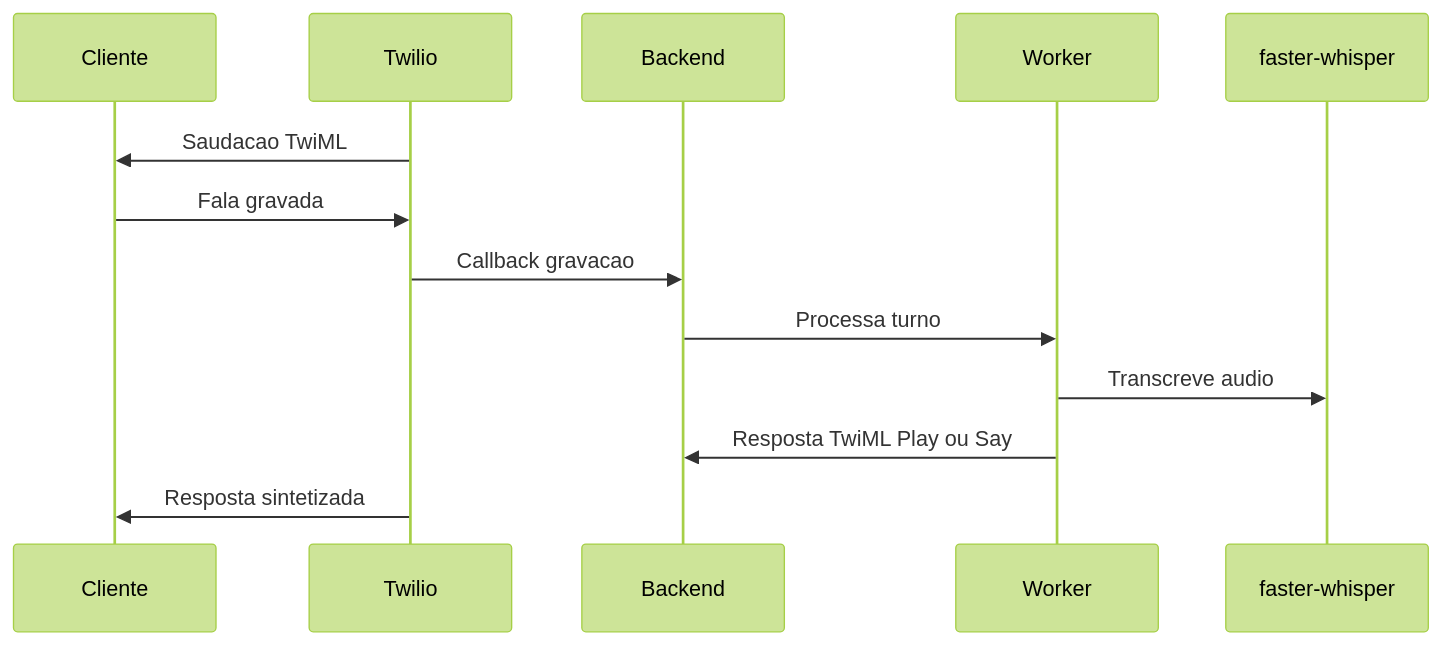
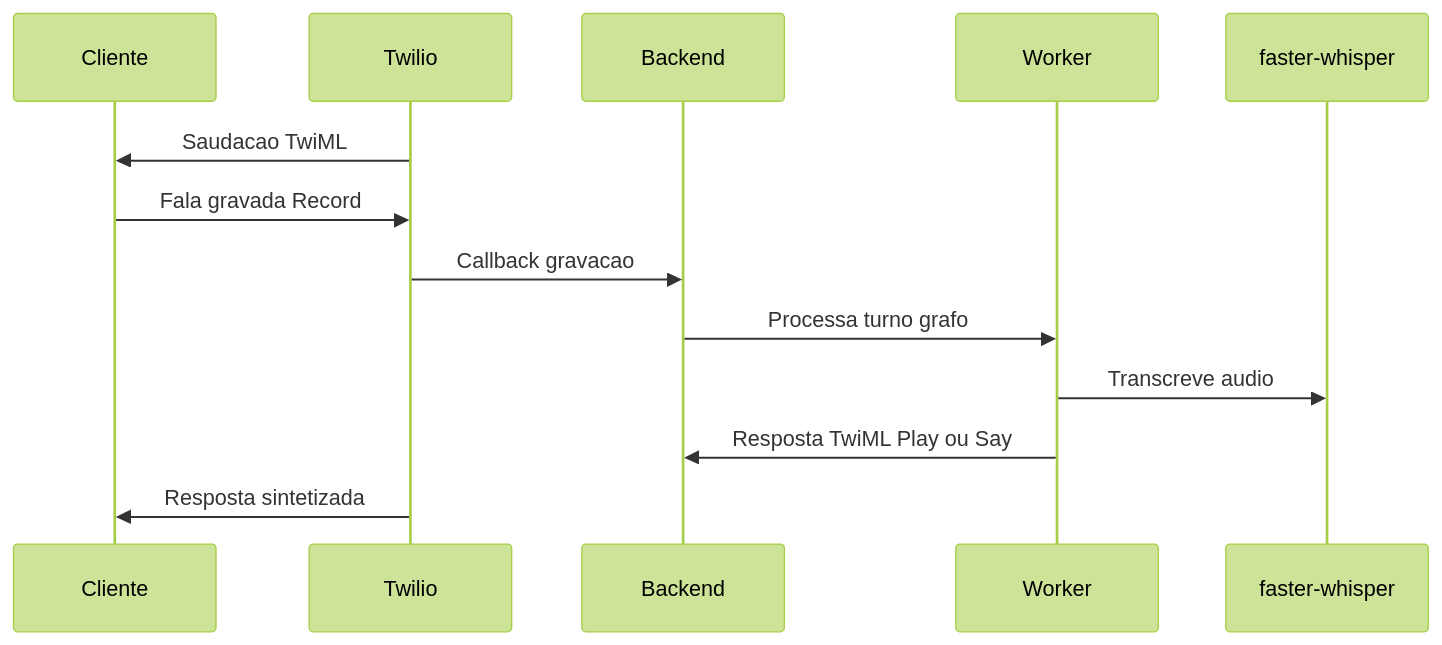
One commit to ersjunior/autonomous-agent changed the second of 2 diagrams in agents/channels/voice/README.md. Above: the diagram before and after it, drawn with Mermaid (forest theme). The commit also changed other lines of this file and 17 other files, not shown here.

````diff
--- a/agents/channels/voice/README.md
+++ b/agents/channels/voice/README.md
@@ -46,16 +49,16 @@
 ```mermaid
 sequenceDiagram
     participant C as Cliente
     participant T as Twilio
     participant B as Backend
     participant W as Worker
     participant STT as faster-whisper
 
     T->>C: Saudacao TwiML
-    C->>T: Fala gravada
+    C->>T: Fala gravada Record
     T->>B: Callback gravacao
-    B->>W: Processa turno
+    B->>W: Processa turno grafo
     W->>STT: Transcreve audio
     W->>B: Resposta TwiML Play ou Say
     T->>C: Resposta sintetizada
 ```
````
